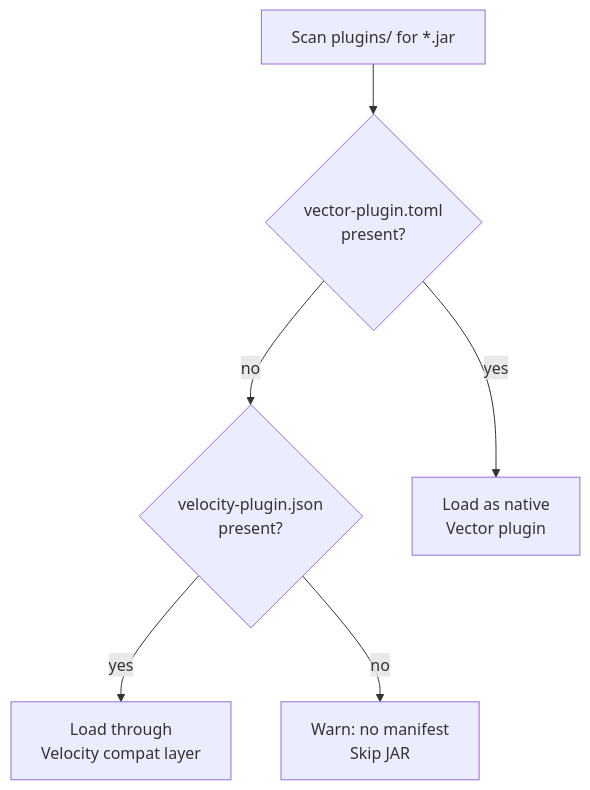
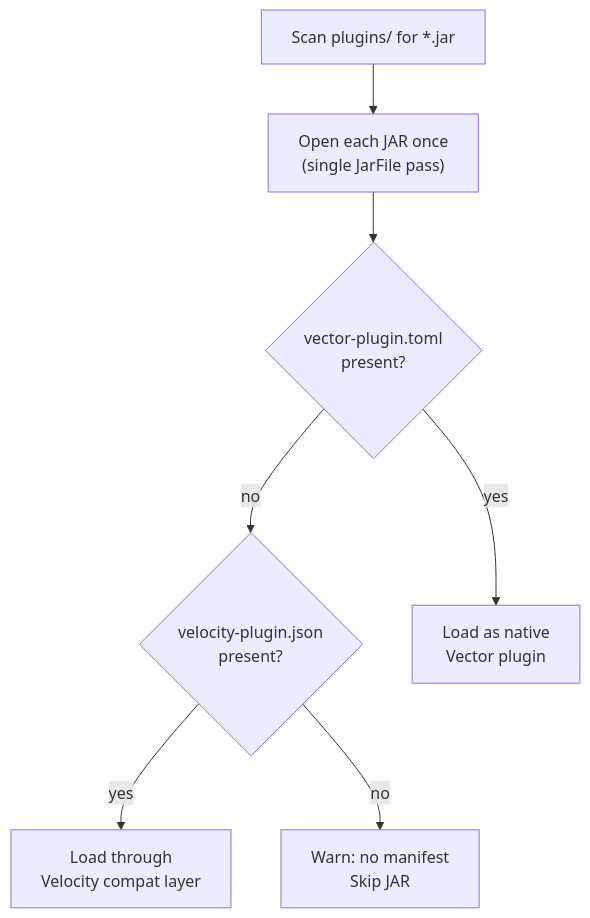
Before and after one commit to Earth1283/Vector: the first of 6 diagrams in docs/plugin-api/velocity-compat.rst, drawn with Mermaid. The commit also changed other lines of this file and 19 other files, not shown here.

```diff
--- a/docs/plugin-api/velocity-compat.rst
+++ b/docs/plugin-api/velocity-compat.rst
@@ -47,15 +47,16 @@
 .. mermaid::
 
    flowchart TD
        Scan["Scan plugins/ for *.jar"]
+       OpenJAR["Open each JAR once\n(single JarFile pass)"]
        CheckToml{vector-plugin.toml\npresent?}
        CheckVelocity{velocity-plugin.json\npresent?}
        NativeLoad["Load as native\nVector plugin"]
        CompatLoad["Load through\nVelocity compat layer"]
        Warn["Warn: no manifest\nSkip JAR"]
 
-       Scan --> CheckToml
+       Scan --> OpenJAR --> CheckToml
        CheckToml -->|yes| NativeLoad
        CheckToml -->|no| CheckVelocity
        CheckVelocity -->|yes| CompatLoad
        CheckVelocity -->|no| Warn
```
